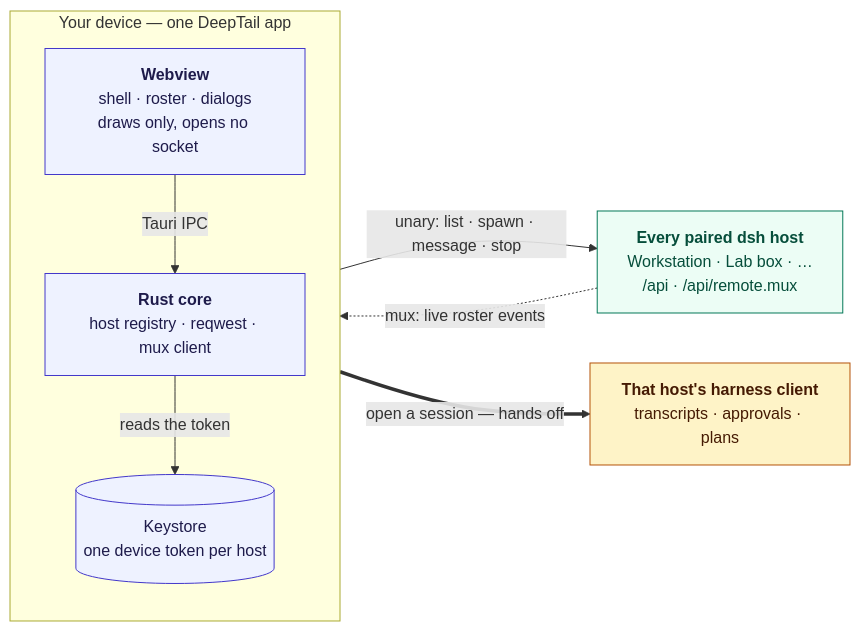
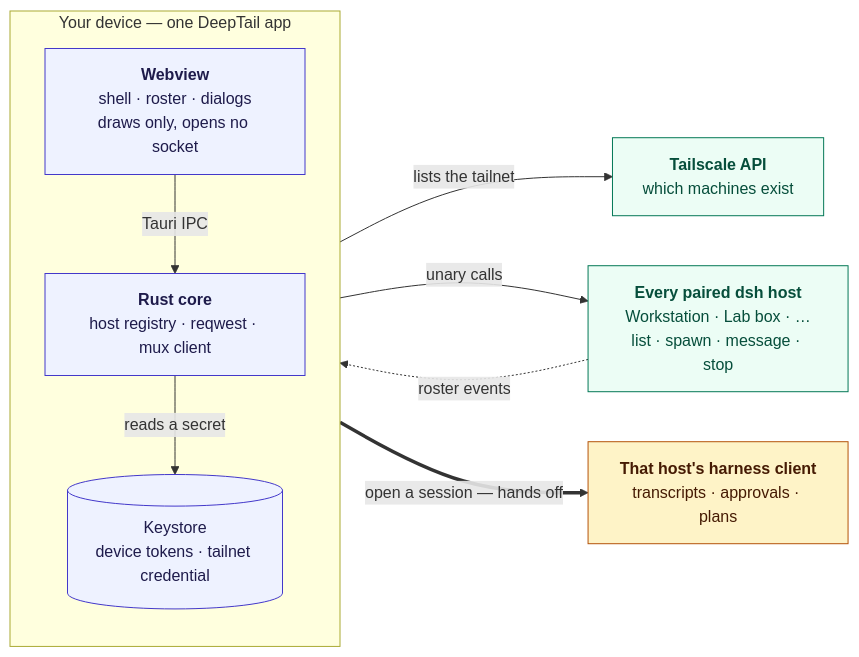
Before and after one commit to d4551/DeepTail: the diagram in README.md, drawn with Mermaid. The commit also changed other lines of this file and 37 other files, not shown here.

First line of the commit message:
Find harness hosts on the tailnet, and admit the wire that reaches them

````diff
--- a/README.md
+++ b/README.md
@@ -44,25 +46,23 @@
 ```mermaid
 flowchart LR
   subgraph device["Your device — one DeepTail app"]
     direction TB
     ui["<b>Webview</b><br/>shell · roster · dialogs<br/>draws only, opens no socket"]
     rust["<b>Rust core</b><br/>host registry · reqwest · mux client"]
-    store[("Keystore<br/>one device token per host")]
+    store[("Keystore<br/>device tokens · tailnet credential")]
     ui -->|"Tauri IPC"| rust
-    rust -->|"reads the token"| store
+    rust -->|"reads a secret"| store
   end
 
-  hosts["<b>Every paired dsh host</b><br/>Workstation · Lab box · …<br/>/api  ·  /api/remote.mux"]
-  client["<b>That host's harness client</b><br/>transcripts · approvals · plans"]
-
-  rust -->|"unary: list · spawn · message · stop"| hosts
-  hosts -.->|"mux: live roster events"| rust
-  ui ==>|"open a session — hands off"| client
+  rust -->|"lists the tailnet"| tailscale["<b>Tailscale API</b><br/>which machines exist"]
+  rust -->|"unary calls"| hosts["<b>Every paired dsh host</b><br/>Workstation · Lab box · …<br/>list · spawn · message · stop"]
+  hosts -.->|"roster events"| rust
+  ui ==>|"open a session — hands off"| client["<b>That host's harness client</b><br/>transcripts · approvals · plans"]
 
   classDef inside fill:#eef2ff,stroke:#4338ca,color:#1e1b4b
   classDef host fill:#ecfdf5,stroke:#047857,color:#064e3b
   classDef hand fill:#fef3c7,stroke:#b45309,color:#451a03
   class ui,rust,store inside
-  class hosts host
+  class hosts,tailscale host
   class client hand
 ```
````
